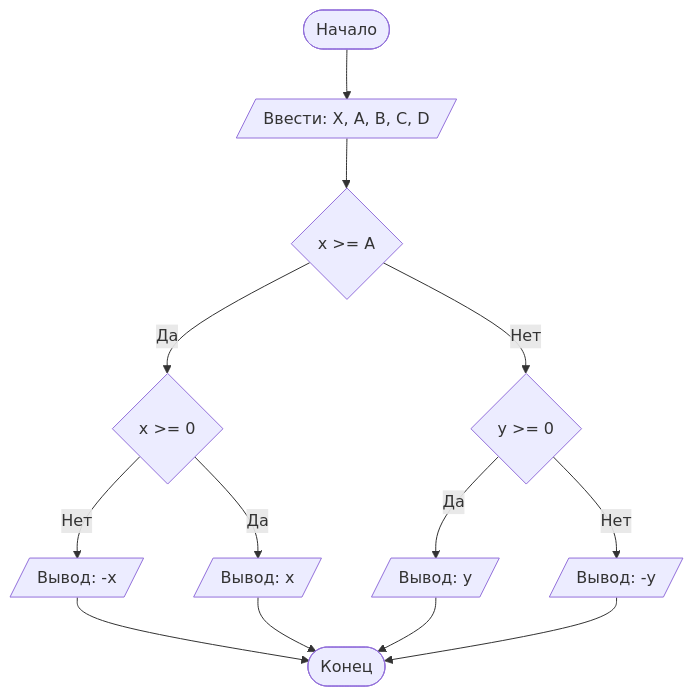
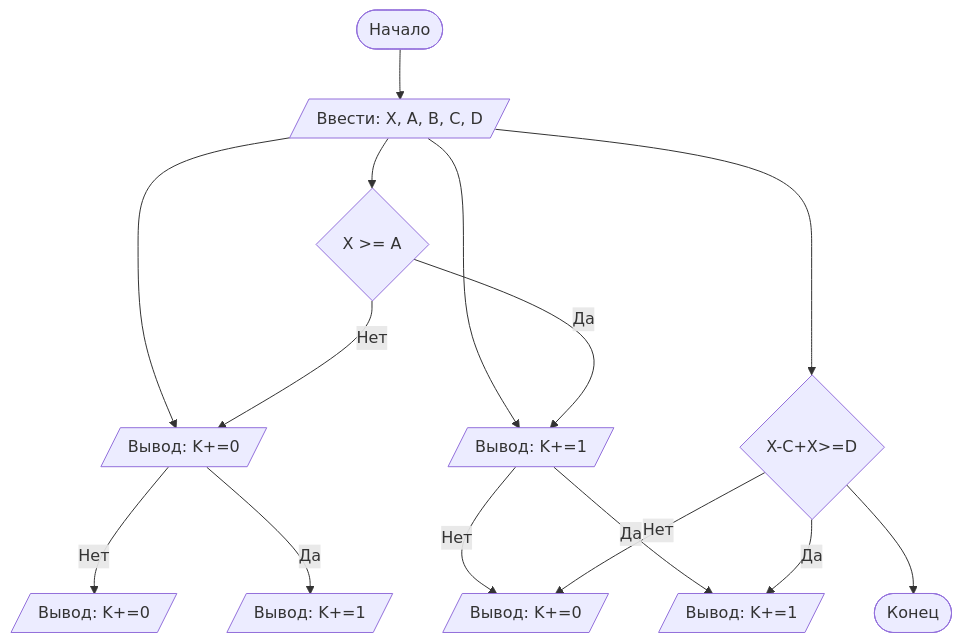
One commit to artemiysakh/Lab1 changed the diagram in Example.md. Above: the diagram before and after it, drawn with Mermaid.

Commit message:
Example.md

````diff
--- a/Example.md
+++ b/Example.md
@@ -99,16 +99,18 @@
 ```mermaid
 graph TD
     A([Начало]) --> B[/Ввести: X, A, B, C, D/]
-    B --> C{x >= A}
-    C -- Нет --> D{y >= 0}
-    D -- Нет --> E[/Вывод: -y/]
-    D -- Да --> H[/Вывод: y/]
-    C -- Да --> I{x >= 0}
-    I -- Нет --> J[/Вывод: -x/]
-    I -- Да --> K[/Вывод: x/]
-    J --> Z
-    K --> Z
-    H --> Z
-    E --> Z([Конец])
+    B --> C{X >= A}
+    B --> D{X-A+X>=B}
+    B --> I{X-B+X>=C}
+    B --> P{X-C+X>=D}
+    C -- Нет --> D[/Вывод: K+=0/]
+    D -- Нет --> E[/Вывод: K+=0/]
+    D -- Да --> H[/Вывод: K+=1/]
+    C -- Да --> I[/Вывод: K+=1/]
+    I -- Нет --> J[/Вывод: K+=0/]
+    I -- Да --> K[/Вывод: K+=1/]
+    P -- Нет --> J[/Вывод: K+=0/]
+    P -- Да --> K[/Вывод: K+=1/]
+    P --> Z([Конец])
 
 ```
````
